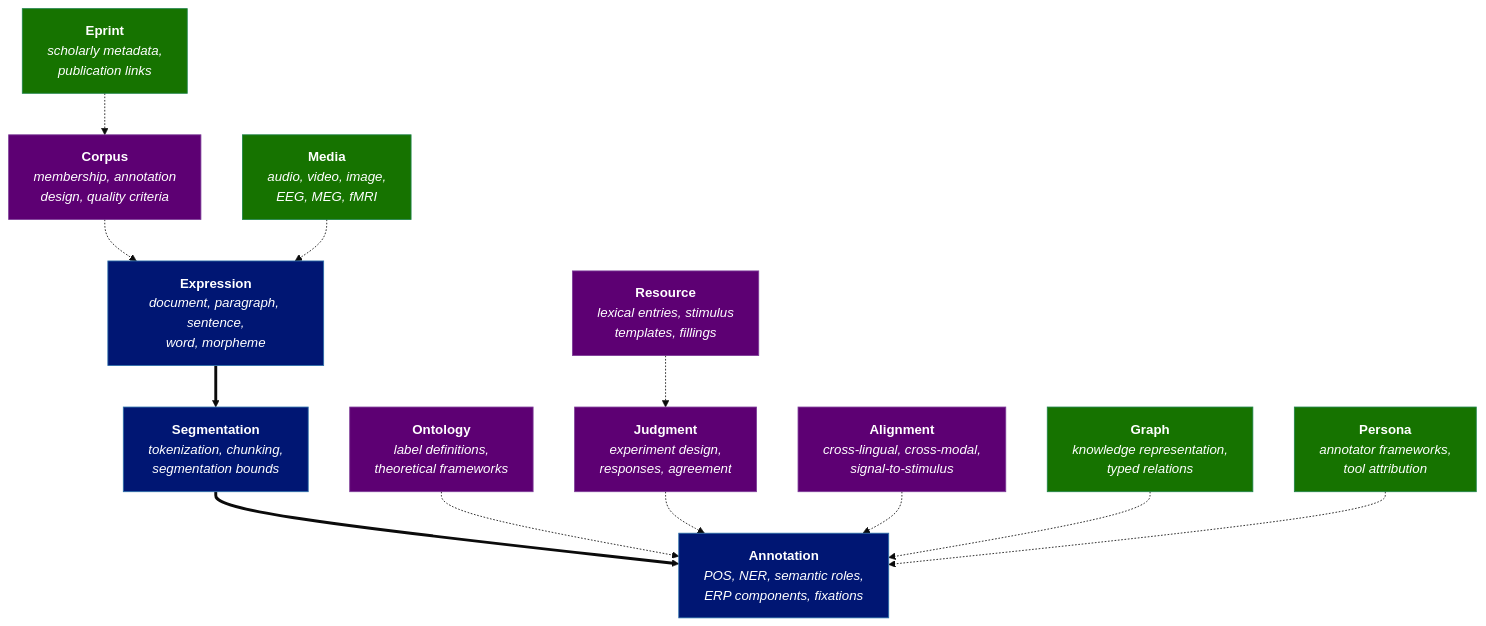
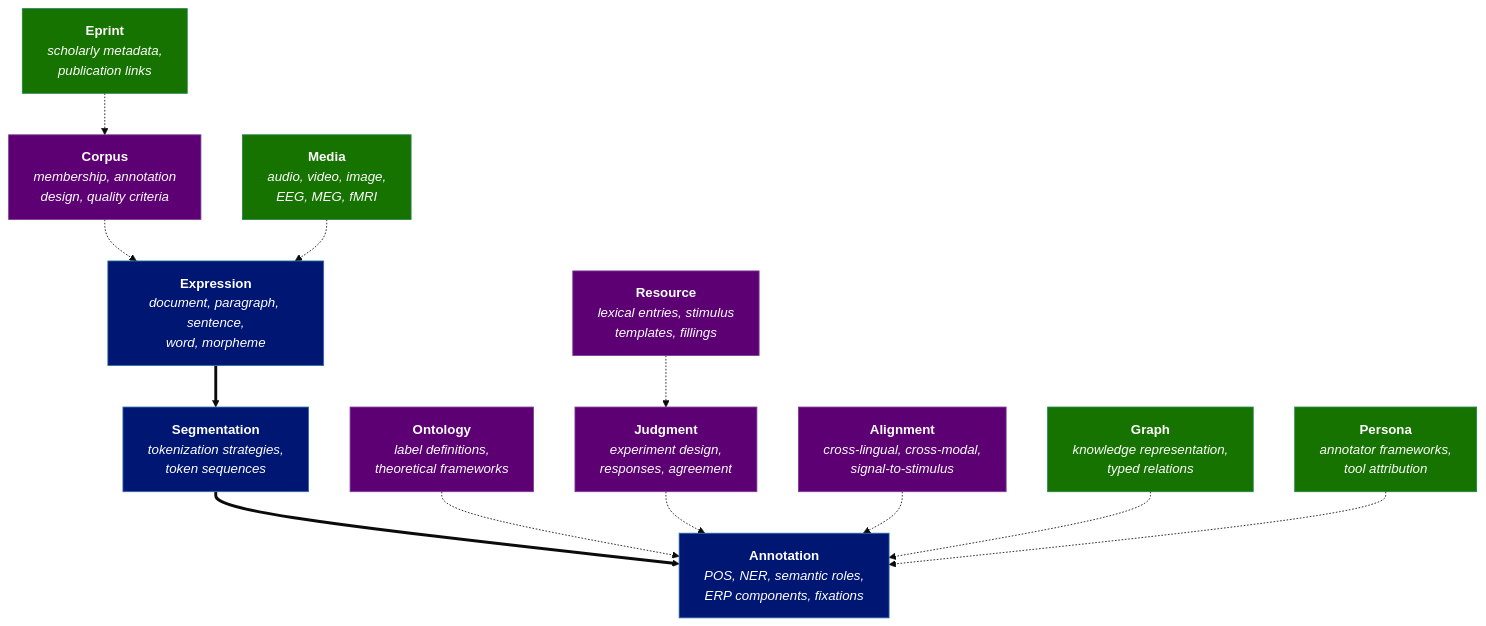
Before and after one commit to layers-pub/layers: the diagram in docs/docs/introduction.md, drawn with Mermaid (base theme). The commit also changed other lines of this file and 150 other files, not shown here.

````diff
--- a/docs/docs/introduction.md
+++ b/docs/docs/introduction.md
@@ -45,37 +45,37 @@
 ```mermaid
 flowchart TD
     E["<b>Expression</b><br/><i>document, paragraph, sentence,<br/>word, morpheme</i>"]
-    S["<b>Segmentation</b><br/><i>tokenization, chunking,<br/>segmentation bounds</i>"]
+    S["<b>Segmentation</b><br/><i>tokenization strategies,<br/>token sequences</i>"]
     A["<b>Annotation</b><br/><i>POS, NER, semantic roles,<br/>ERP components, fixations</i>"]
 
     E ==> S ==> A
 
     O["<b>Ontology</b><br/><i>label definitions,<br/>theoretical frameworks</i>"]
     C["<b>Corpus</b><br/><i>membership, annotation<br/>design, quality criteria</i>"]
     R["<b>Resource</b><br/><i>lexical entries, stimulus<br/>templates, fillings</i>"]
     J["<b>Judgment</b><br/><i>experiment design,<br/>responses, agreement</i>"]
     AL["<b>Alignment</b><br/><i>cross-lingual, cross-modal,<br/>signal-to-stimulus</i>"]
 
     G["<b>Graph</b><br/><i>knowledge representation,<br/>typed relations</i>"]
     M["<b>Media</b><br/><i>audio, video, image,<br/>EEG, MEG, fMRI</i>"]
     EP["<b>Eprint</b><br/><i>scholarly metadata,<br/>publication links</i>"]
     P["<b>Persona</b><br/><i>annotator frameworks,<br/>tool attribution</i>"]
 
     O -.-> A
     C -.-> E
     R -.-> J
     J -.-> A
     AL -.-> A
     M -.-> E
     G -.-> A
     EP -.-> C
     P -.-> A
 
     classDef core fill:#001673,stroke:#2c6faa,color:#fff
     classDef track fill:#5D0073,stroke:#7d3c98,color:#fff
     classDef integ fill:#167300,stroke:#1e8449,color:#fff
 
     class E,S,A core
     class O,C,R,J,AL track
     class G,M,EP,P integ
 ```
````
